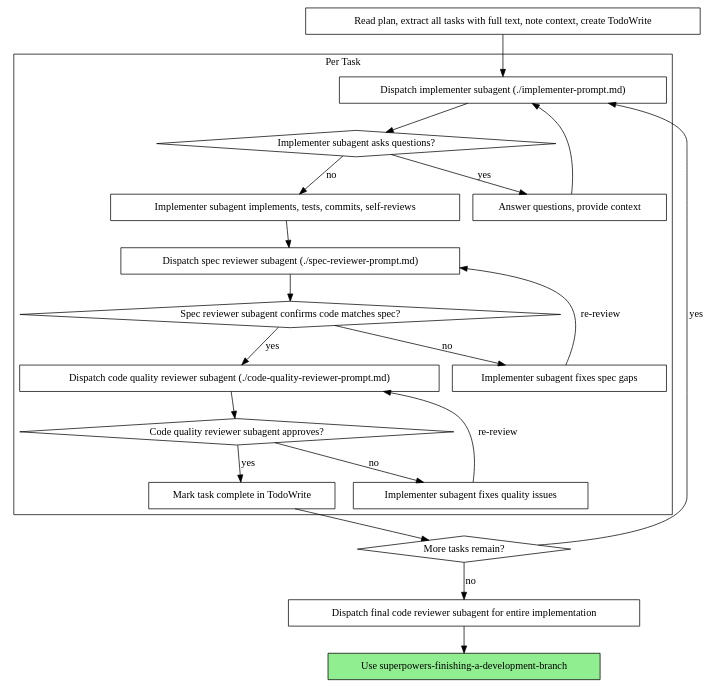
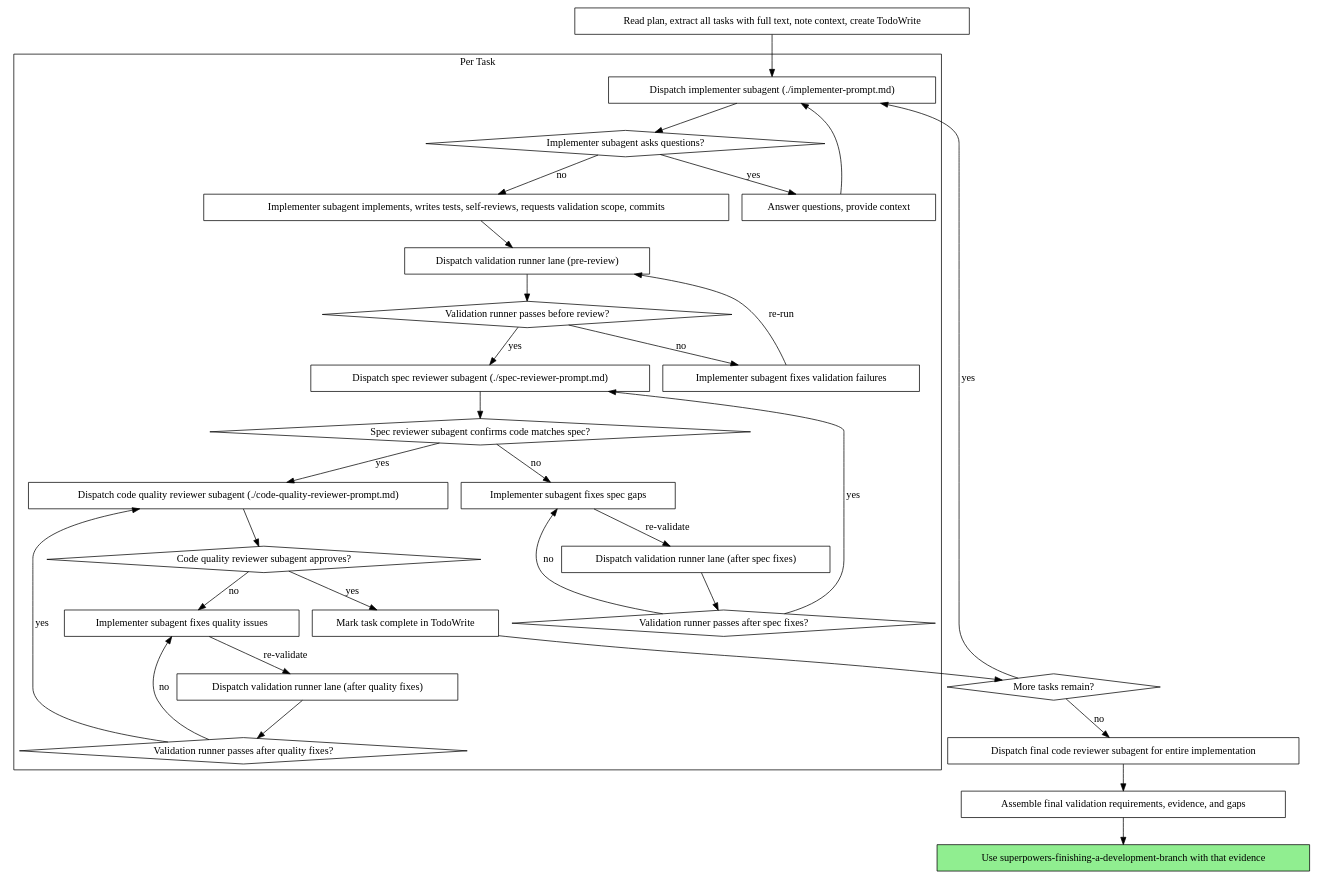
The second of 2 diagrams in engine-assets/skills/superpowers-subagent-driven-development/SKILL.md (Sofreshx/Elegy-copilot), drawn with Graphviz before and after one commit. The commit also changed other lines of this file and 146 other files, not shown here.

````diff
--- a/engine-assets/skills/superpowers-subagent-driven-development/SKILL.md
+++ b/engine-assets/skills/superpowers-subagent-driven-development/SKILL.md
@@ -42,44 +43,63 @@
 ```dot
 digraph process {
     rankdir=TB;
 
     subgraph cluster_per_task {
         label="Per Task";
         "Dispatch implementer subagent (./implementer-prompt.md)" [shape=box];
         "Implementer subagent asks questions?" [shape=diamond];
         "Answer questions, provide context" [shape=box];
-        "Implementer subagent implements, tests, commits, self-reviews" [shape=box];
+        "Implementer subagent implements, writes tests, self-reviews, requests validation scope, commits" [shape=box];
+        "Dispatch validation runner lane (pre-review)" [shape=box];
+        "Validation runner passes before review?" [shape=diamond];
+        "Implementer subagent fixes validation failures" [shape=box];
         "Dispatch spec reviewer subagent (./spec-reviewer-prompt.md)" [shape=box];
         "Spec reviewer subagent confirms code matches spec?" [shape=diamond];
         "Implementer subagent fixes spec gaps" [shape=box];
+        "Dispatch validation runner lane (after spec fixes)" [shape=box];
+        "Validation runner passes after spec fixes?" [shape=diamond];
         "Dispatch code quality reviewer subagent (./code-quality-reviewer-prompt.md)" [shape=box];
         "Code quality reviewer subagent approves?" [shape=diamond];
         "Implementer subagent fixes quality issues" [shape=box];
+        "Dispatch validation runner lane (after quality fixes)" [shape=box];
+        "Validation runner passes after quality fixes?" [shape=diamond];
         "Mark task complete in TodoWrite" [shape=box];
     }
 
     "Read plan, extract all tasks with full text, note context, create TodoWrite" [shape=box];
     "More tasks remain?" [shape=diamond];
     "Dispatch final code reviewer subagent for entire implementation" [shape=box];
-    "Use superpowers-finishing-a-development-branch" [shape=box style=filled fillcolor=lightgreen];
+    "Assemble final validation requirements, evidence, and gaps" [shape=box];
+    "Use superpowers-finishing-a-development-branch with that evidence" [shape=box style=filled fillcolor=lightgreen];
 
     "Read plan, extract all tasks with full text, note context, create TodoWrite" -> "Dispatch implementer subagent (./implementer-prompt.md)";
     "Dispatch implementer subagent (./implementer-prompt.md)" -> "Implementer subagent asks questions?";
     "Implementer subagent asks questions?" -> "Answer questions, provide context" [label="yes"];
     "Answer questions, provide context" -> "Dispatch implementer subagent (./implementer-prompt.md)";
-    "Implementer subagent asks questions?" -> "Implementer subagent implements, tests, commits, self-reviews" [label="no"];
-    "Implementer subagent implements, tests, commits, self-reviews" -> "Dispatch spec reviewer subagent (./spec-reviewer-prompt.md)";
+    "Implementer subagent asks questions?" -> "Implementer subagent implements, writes tests, self-reviews, requests validation scope, commits" [label="no"];
+    "Implementer subagent implements, writes tests, self-reviews, requests validation scope, commits" -> "Dispatch validation runner lane (pre-review)";
+    "Dispatch validation runner lane (pre-review)" -> "Validation runner passes before review?";
+    "Validation runner passes before review?" -> "Implementer subagent fixes validation failures" [label="no"];
+    "Implementer subagent fixes validation failures" -> "Dispatch validation runner lane (pre-review)" [label="re-run"];
+    "Validation runner passes before review?" -> "Dispatch spec reviewer subagent (./spec-reviewer-prompt.md)" [label="yes"];
     "Dispatch spec reviewer subagent (./spec-reviewer-prompt.md)" -> "Spec reviewer subagent confirms code matches spec?";
     "Spec reviewer subagent confirms code matches spec?" -> "Implementer subagent fixes spec gaps" [label="no"];
-    "Implementer subagent fixes spec gaps" -> "Dispatch spec reviewer subagent (./spec-reviewer-prompt.md)" [label="re-review"];
+    "Implementer subagent fixes spec gaps" -> "Dispatch validation runner lane (after spec fixes)" [label="re-validate"];
+    "Dispatch validation runner lane (after spec fixes)" -> "Validation runner passes after spec fixes?";
+    "Validation runner passes after spec fixes?" -> "Implementer subagent fixes spec gaps" [label="no"];
+    "Validation runner passes after spec fixes?" -> "Dispatch spec reviewer subagent (./spec-reviewer-prompt.md)" [label="yes"];
     "Spec reviewer subagent confirms code matches spec?" -> "Dispatch code quality reviewer subagent (./code-quality-reviewer-prompt.md)" [label="yes"];
     "Dispatch code quality reviewer subagent (./code-quality-reviewer-prompt.md)" -> "Code quality reviewer subagent approves?";
     "Code quality reviewer subagent approves?" -> "Implementer subagent fixes quality issues" [label="no"];
-    "Implementer subagent fixes quality issues" -> "Dispatch code quality reviewer subagent (./code-quality-reviewer-prompt.md)" [label="re-review"];
+    "Implementer subagent fixes quality issues" -> "Dispatch validation runner lane (after quality fixes)" [label="re-validate"];
+    "Dispatch validation runner lane (after quality fixes)" -> "Validation runner passes after quality fixes?";
+    "Validation runner passes after quality fixes?" -> "Implementer subagent fixes quality issues" [label="no"];
+    "Validation runner passes after quality fixes?" -> "Dispatch code quality reviewer subagent (./code-quality-reviewer-prompt.md)" [label="yes"];
     "Code quality reviewer subagent approves?" -> "Mark task complete in TodoWrite" [label="yes"];
     "Mark task complete in TodoWrite" -> "More tasks remain?";
     "More tasks remain?" -> "Dispatch implementer subagent (./implementer-prompt.md)" [label="yes"];
     "More tasks remain?" -> "Dispatch final code reviewer subagent for entire implementation" [label="no"];
-    "Dispatch final code reviewer subagent for entire implementation" -> "Use superpowers-finishing-a-development-branch";
+    "Dispatch final code reviewer subagent for entire implementation" -> "Assemble final validation requirements, evidence, and gaps";
+    "Assemble final validation requirements, evidence, and gaps" -> "Use superpowers-finishing-a-development-branch with that evidence";
 }
 ```
````
